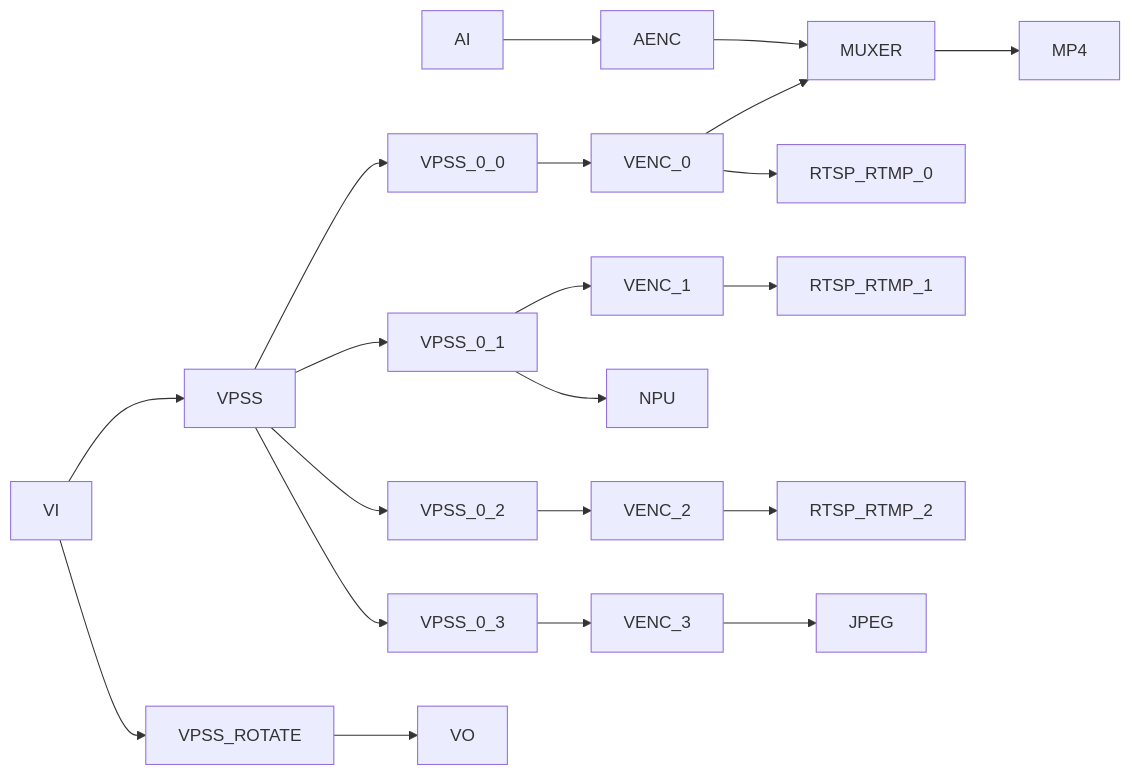
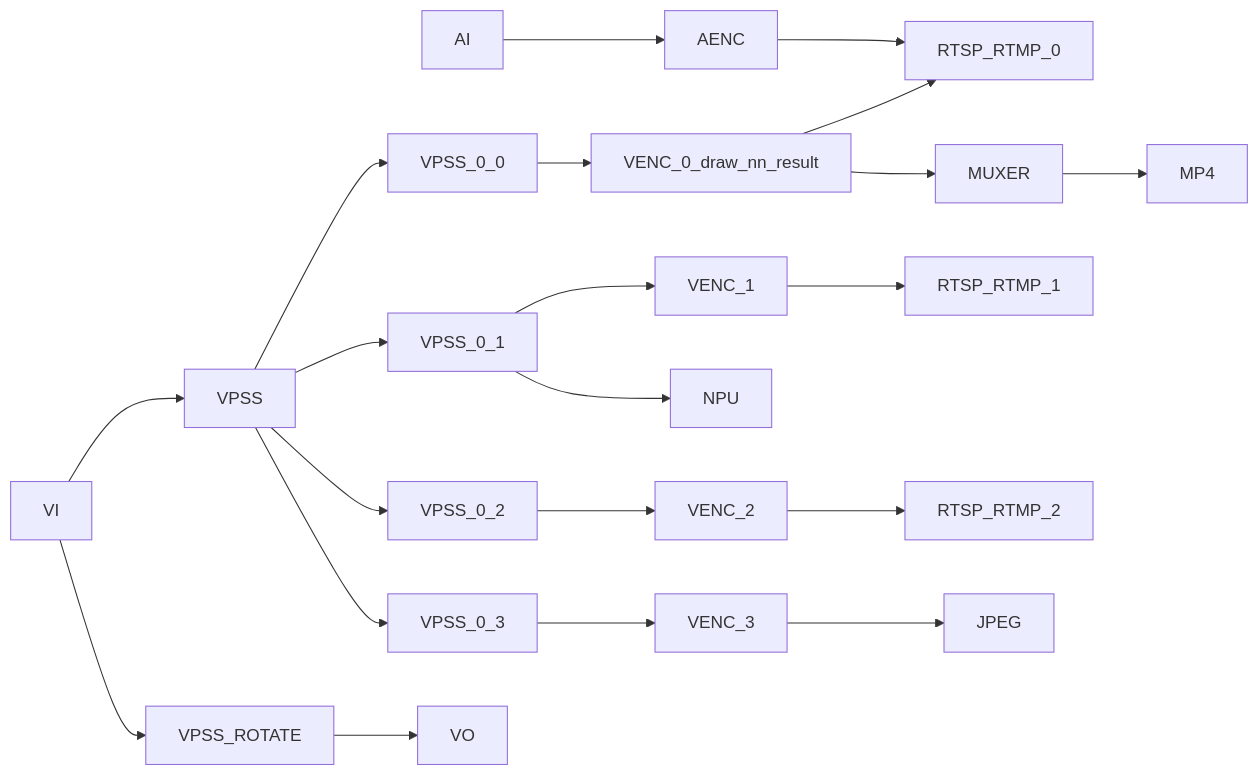
Diagram 15 of 16 in docs/Rockchip_Developer_Guide_Linux_RKIPC_CN.md (khadas/app_rkipc), drawn with Mermaid before and after one commit. The commit also changed other lines of this file and 6 other files, not shown here.

````diff
--- a/docs/Rockchip_Developer_Guide_Linux_RKIPC_CN.md
+++ b/docs/Rockchip_Developer_Guide_Linux_RKIPC_CN.md
@@ -330,11 +330,11 @@
 ```mermaid
 graph LR
-	AI-->AENC-->MUXER-->MP4
-	VI-->VPSS-->VPSS_0_0-->VENC_0-->MUXER
-	VENC_0-->RTSP_RTMP_0
+	AI-->AENC-->RTSP_RTMP_0
+	VI-->VPSS-->VPSS_0_0-->VENC_0_draw_nn_result-->MUXER-->MP4
+	VENC_0_draw_nn_result-->RTSP_RTMP_0
 	VPSS-->VPSS_0_1-->VENC_1-->RTSP_RTMP_1
 	VPSS_0_1-->NPU
 	VPSS-->VPSS_0_2-->VENC_2-->RTSP_RTMP_2
 	VPSS-->VPSS_0_3-->VENC_3-->JPEG
 	VI-->VPSS_ROTATE-->VO
 ```
````
